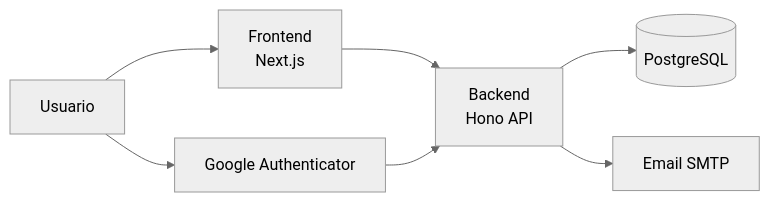
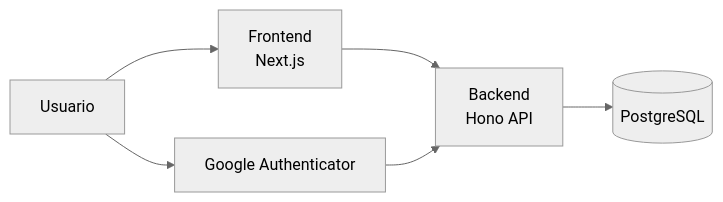
The diagram in docs/architecture/architecture-diagram.mmd (FelipePepe/TeamHub), drawn with Mermaid (neutral theme) before and after one commit. The commit also changed 6 other files, not shown here.

```diff
--- a/docs/architecture/architecture-diagram.mmd
+++ b/docs/architecture/architecture-diagram.mmd
@@ -1,7 +1,6 @@
 flowchart LR
   user[Usuario] --> frontend[Frontend\nNext.js]
   frontend --> backend[Backend\nHono API]
   backend --> db[(PostgreSQL)]
-  backend --> smtp[Email SMTP]
   user --> mfa[Google Authenticator]
   mfa --> backend
```
